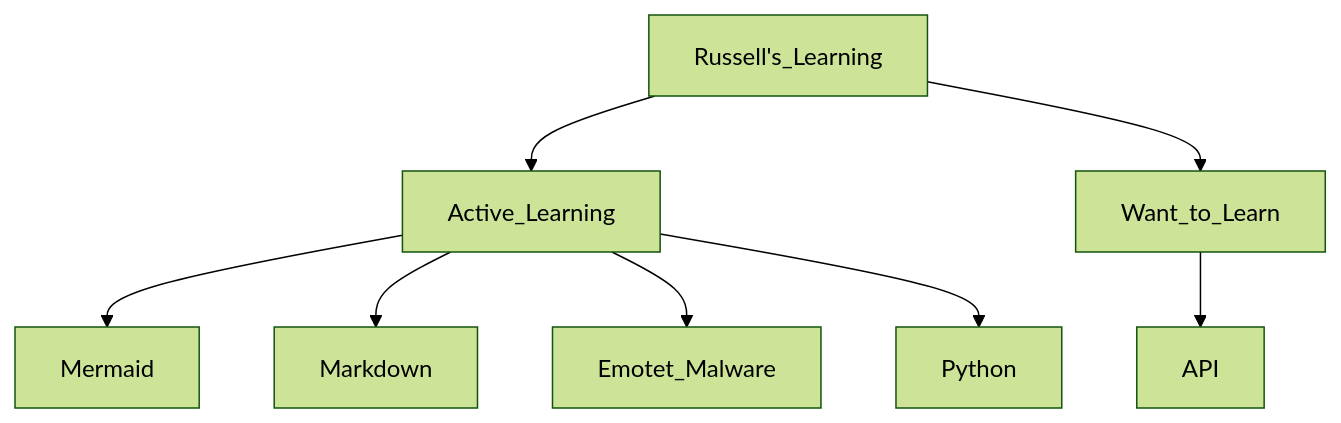
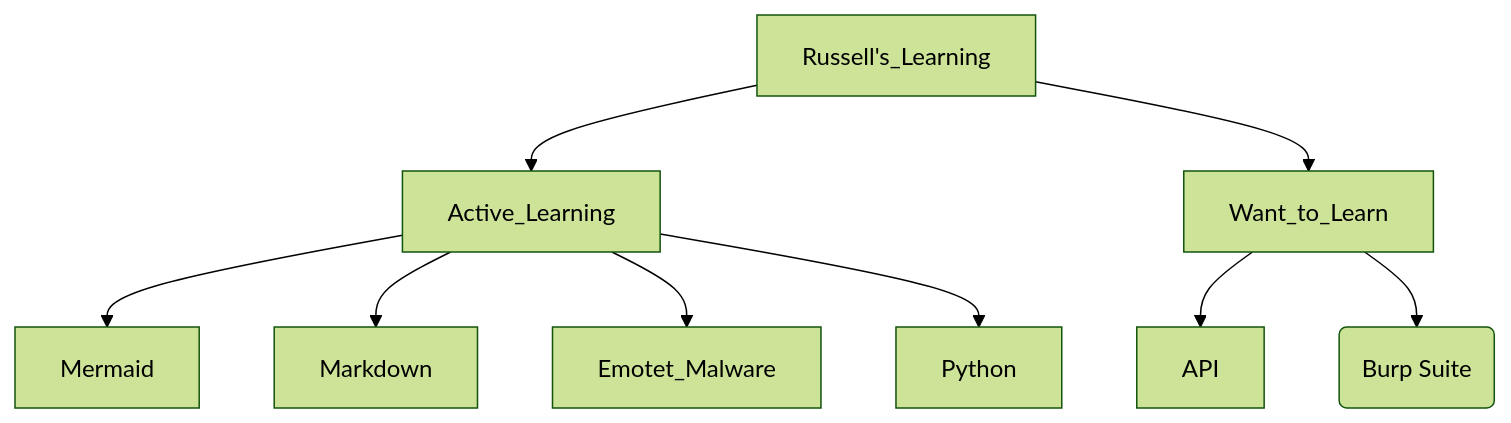
One commit to jalar71/jalar71.github.io changed the diagram in _posts/2026-11-09-current-learning.md. Above: the diagram before and after it, drawn with Mermaid (forest theme).

````diff
--- a/_posts/2026-11-09-current-learning.md
+++ b/_posts/2026-11-09-current-learning.md
@@ -15,10 +15,11 @@
 ```mermaid
 flowchart TD
 Russell's_Learning --> Active_Learning
 Russell's_Learning --> Want_to_Learn
 Want_to_Learn --> API
+Want_to_Learn --> D("Burp Suite")
 Active_Learning --> Mermaid
 Active_Learning --> Markdown
 Active_Learning --> Emotet_Malware
 Active_Learning --> Python
 ```
````
